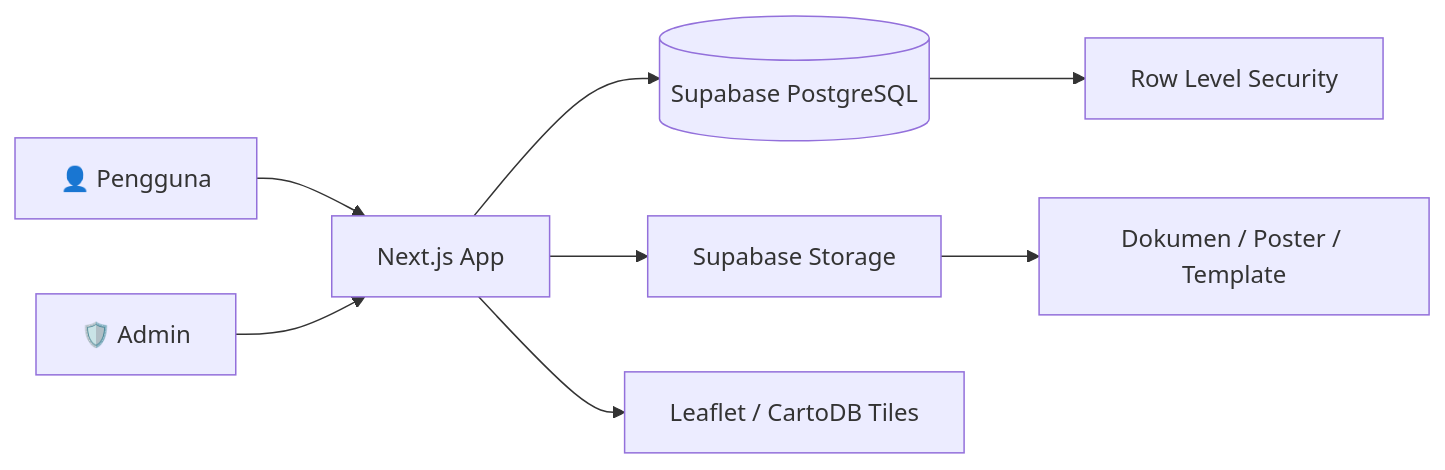
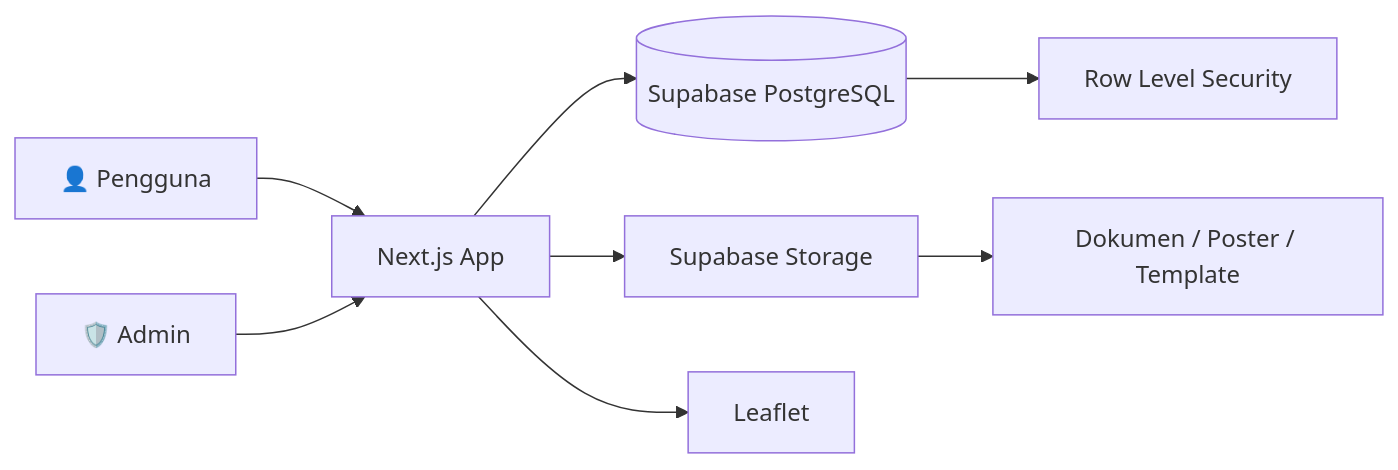
Before and after one commit to MahvOS/recoverykita: the first of 2 diagrams in README.md, drawn with Mermaid. The commit also changed other lines of this file and 13 other files, not shown here.

````diff
--- a/README.md
+++ b/README.md
@@ -175,10 +186,10 @@
 ```mermaid
 flowchart LR
     User[👤 Pengguna] --> Next[Next.js App]
     Admin[🛡️ Admin] --> Next
     Next --> Supabase[(Supabase PostgreSQL)]
     Next --> Storage[Supabase Storage]
-    Next --> Map[Leaflet / CartoDB Tiles]
+    Next --> Map[Leaflet]
     Supabase --> RLS[Row Level Security]
     Storage --> Assets[Dokumen / Poster / Template]
 ```
````
